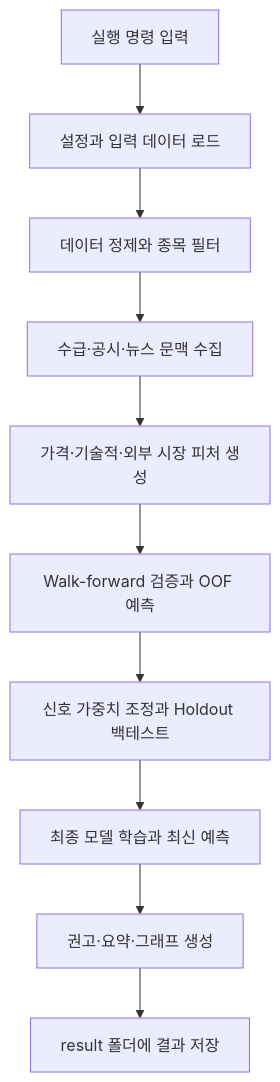
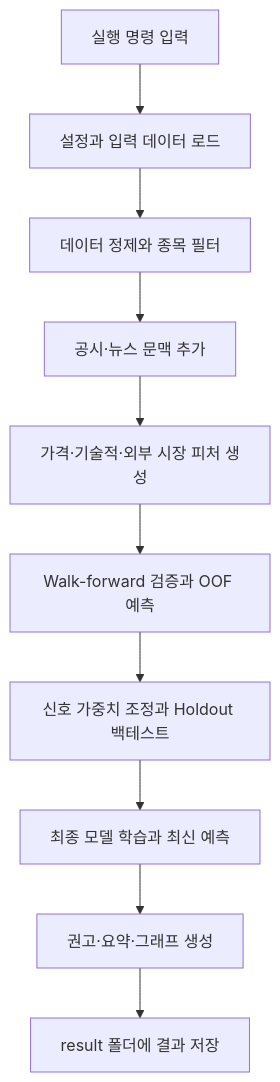
Before and after one commit to soomin-319/stock_predict: the first of 2 diagrams in docs/PROJECT_OPERATION_GUIDE.md, drawn with Mermaid. The commit also changed other lines of this file and 1 other file, not shown here.

````diff
--- a/docs/PROJECT_OPERATION_GUIDE.md
+++ b/docs/PROJECT_OPERATION_GUIDE.md
@@ -24,12 +24,12 @@
 ```mermaid
 flowchart TD
     A[실행 명령 입력] --> B[설정과 입력 데이터 로드]
     B --> C[데이터 정제와 종목 필터]
-    C --> D[수급·공시·뉴스 문맥 수집]
+    C --> D[공시·뉴스 문맥 추가]
     D --> E[가격·기술적·외부 시장 피처 생성]
     E --> F[Walk-forward 검증과 OOF 예측]
     F --> G[신호 가중치 조정과 Holdout 백테스트]
     G --> H[최종 모델 학습과 최신 예측]
     H --> I[권고·요약·그래프 생성]
     I --> J[result 폴더에 결과 저장]
 ```
````
